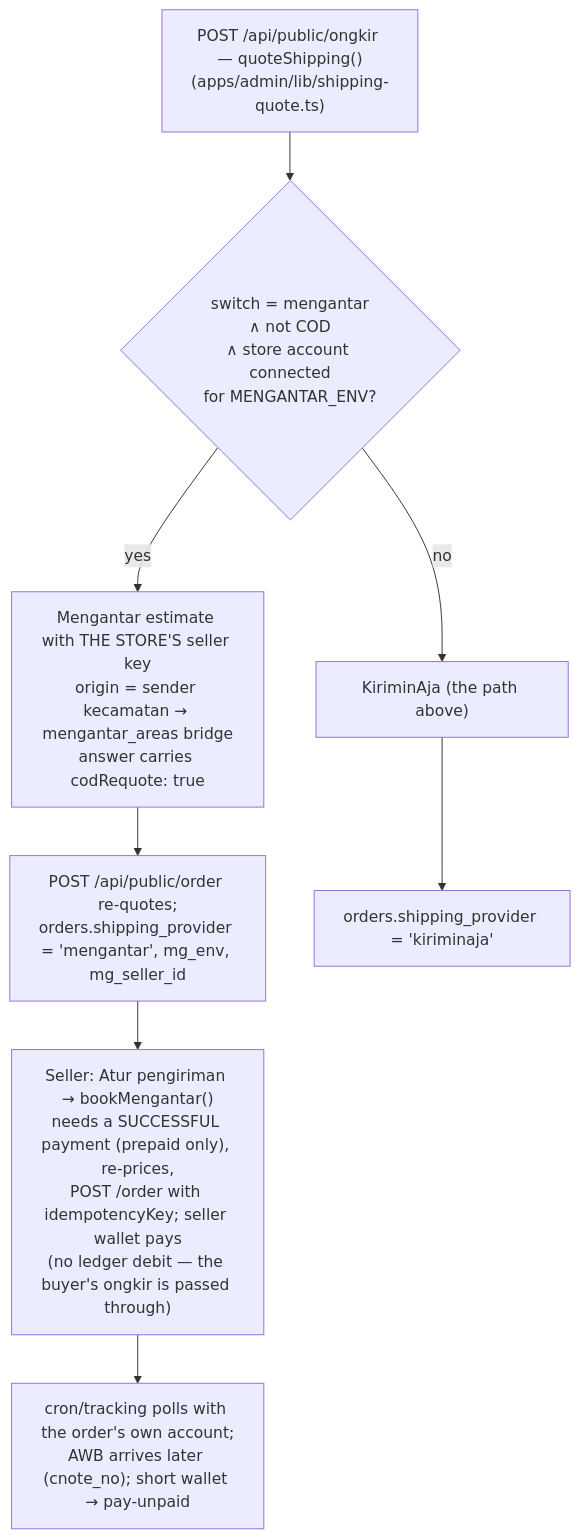
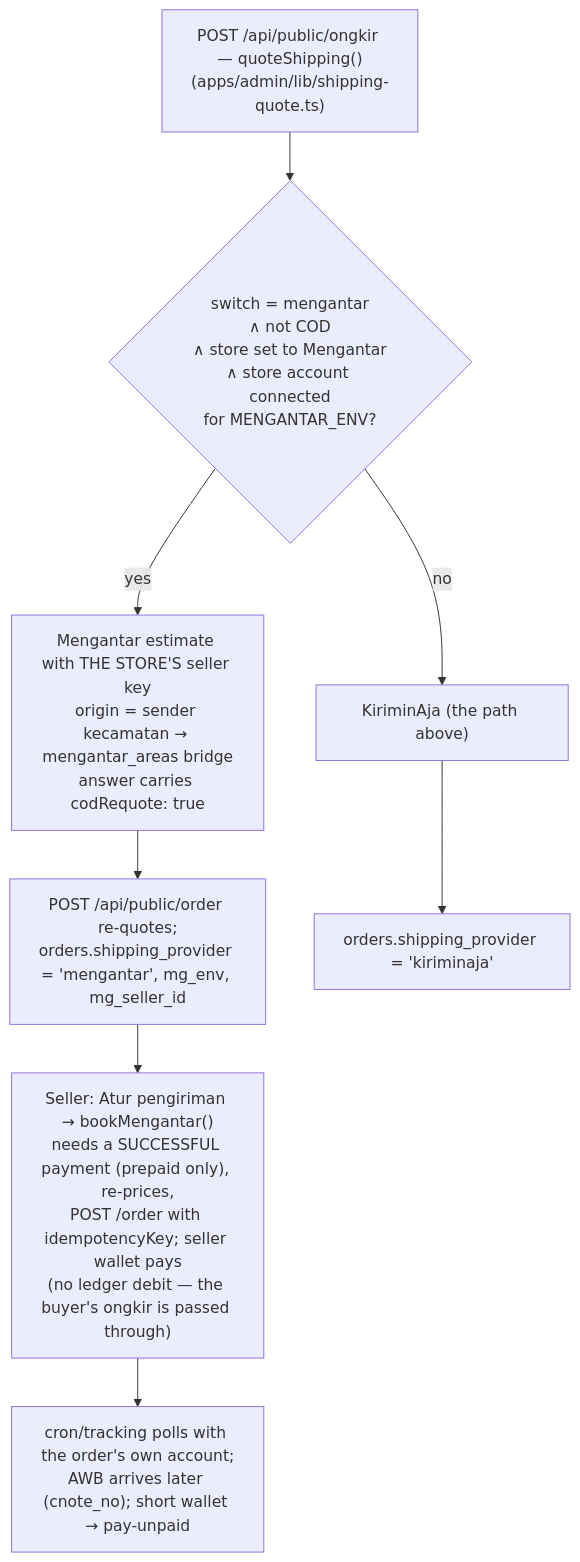
One commit to ongkipro/tokophi changed the sixth of 8 diagrams in specs/docs/FLOWS.md. Above: the diagram before and after it, drawn with Mermaid. The commit also changed other lines of this file and 63 other files, not shown here.

First line of the commit message:
feat(shipping): provider per store, set by Super Admin or a signup code (ADR 0019)

````diff
--- a/specs/docs/FLOWS.md
+++ b/specs/docs/FLOWS.md
@@ -331,10 +333,10 @@
 ```mermaid
 flowchart TD
-    Q["POST /api/public/ongkir — quoteShipping()<br/>(apps/admin/lib/shipping-quote.ts)"] --> C{"switch = mengantar<br/>∧ not COD<br/>∧ store account connected<br/>for MENGANTAR_ENV?"}
+    Q["POST /api/public/ongkir — quoteShipping()<br/>(apps/admin/lib/shipping-quote.ts)"] --> C{"switch = mengantar<br/>∧ not COD<br/>∧ store set to Mengantar<br/>∧ store account connected<br/>for MENGANTAR_ENV?"}
     C -- yes --> M["Mengantar estimate with THE STORE'S seller key<br/>origin = sender kecamatan → mengantar_areas bridge<br/>answer carries codRequote: true"]
     C -- no --> K["KiriminAja (the path above)"]
     M --> O["POST /api/public/order re-quotes;<br/>orders.shipping_provider = 'mengantar', mg_env, mg_seller_id"]
     K --> O2["orders.shipping_provider = 'kiriminaja'"]
     O --> B["Seller: Atur pengiriman → bookMengantar()<br/>needs a SUCCESSFUL payment (prepaid only), re-prices,<br/>POST /order with idempotencyKey; seller wallet pays<br/>(no ledger debit — the buyer's ongkir is passed through)"]
     B --> T["cron/tracking polls with the order's own account;<br/>AWB arrives later (cnote_no); short wallet → pay-unpaid"]
 ```
````
